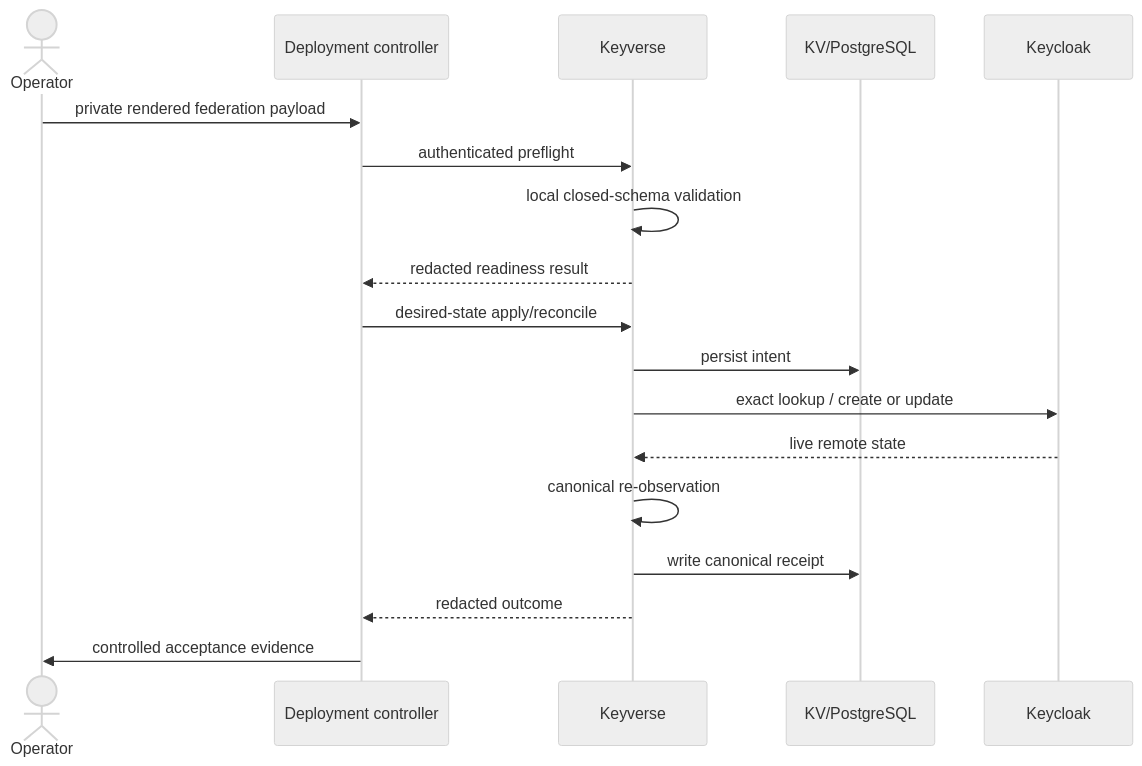
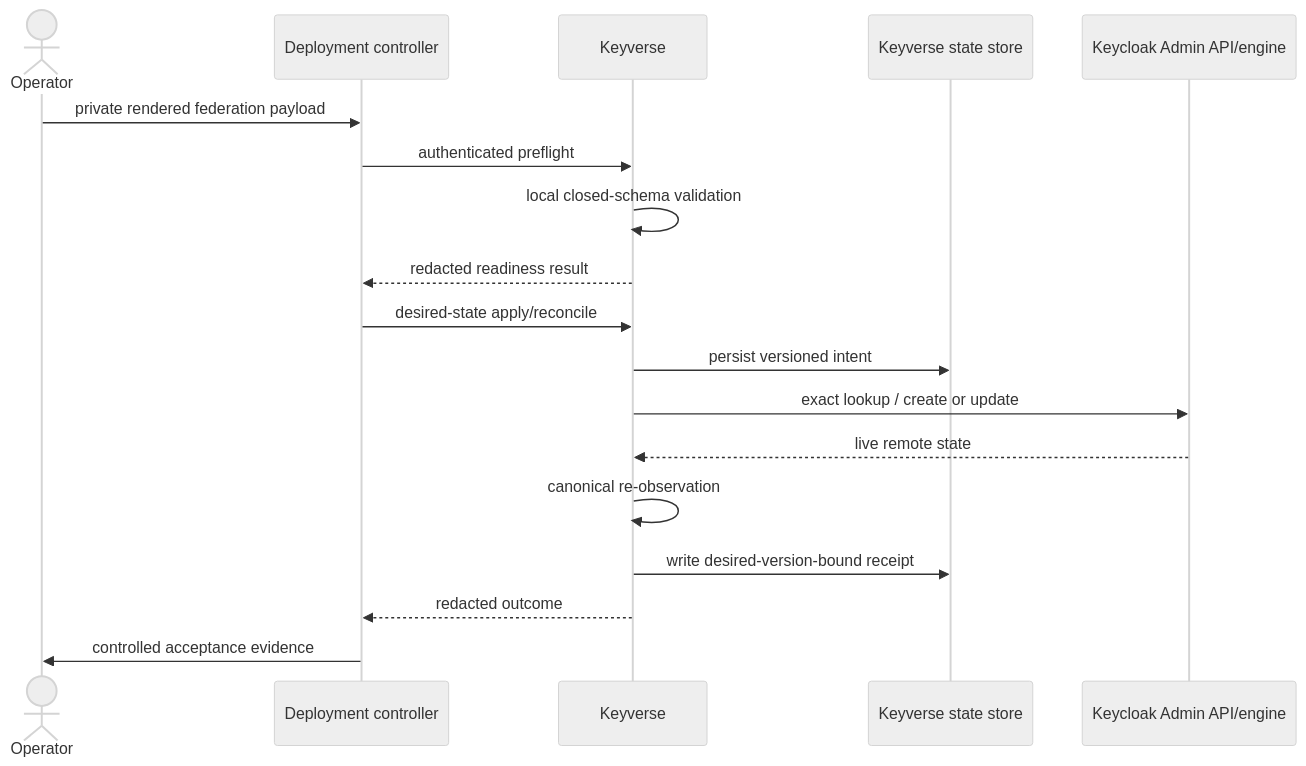
Before and after one commit to ContextualWisdomLab/keyverse: the second of 6 diagrams in docs/UML.md, drawn with Mermaid (neutral theme). The commit also changed other lines of this file, not shown here.

Commit message:
docs: separate Keycloak and Keyverse storage authority

````diff
--- a/docs/UML.md
+++ b/docs/UML.md
@@ -34,21 +40,21 @@
 ```mermaid
 sequenceDiagram
     actor Operator
     participant Deploy as Deployment controller
     participant Keyverse
-    participant Store as KV/PostgreSQL
-    participant Keycloak
+    participant Store as Keyverse state store
+    participant Keycloak as Keycloak Admin API/engine
 
     Operator->>Deploy: private rendered federation payload
     Deploy->>Keyverse: authenticated preflight
     Keyverse->>Keyverse: local closed-schema validation
     Keyverse-->>Deploy: redacted readiness result
     Deploy->>Keyverse: desired-state apply/reconcile
-    Keyverse->>Store: persist intent
+    Keyverse->>Store: persist versioned intent
     Keyverse->>Keycloak: exact lookup / create or update
     Keycloak-->>Keyverse: live remote state
     Keyverse->>Keyverse: canonical re-observation
-    Keyverse->>Store: write canonical receipt
+    Keyverse->>Store: write desired-version-bound receipt
     Keyverse-->>Deploy: redacted outcome
     Deploy->>Operator: controlled acceptance evidence
 ```
````
